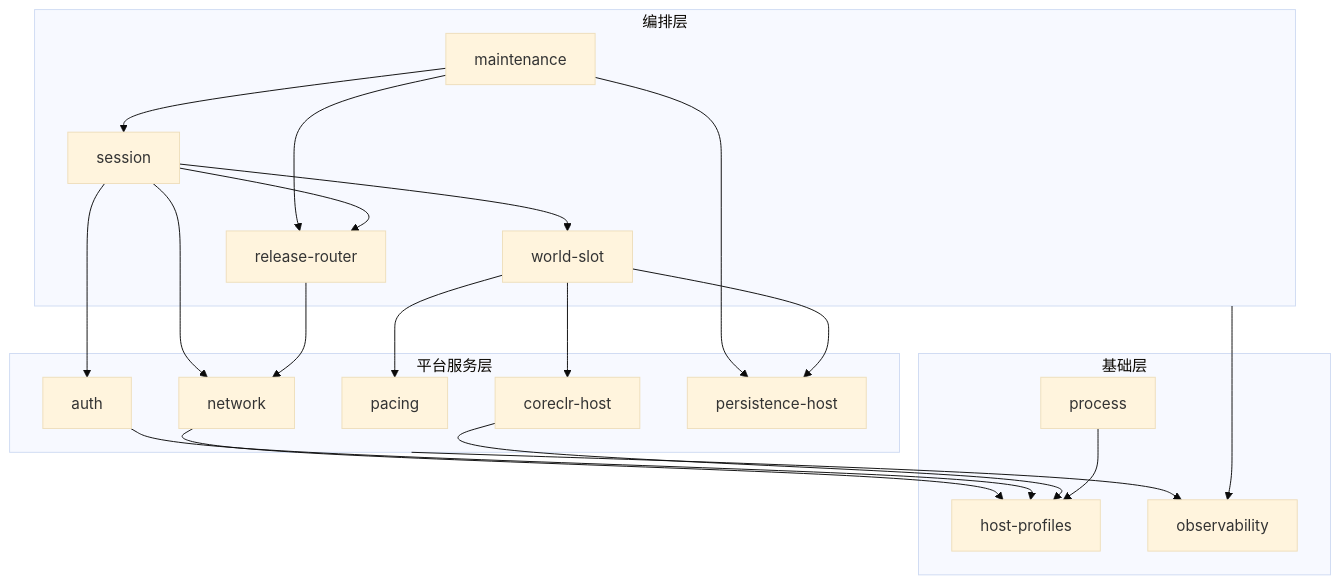
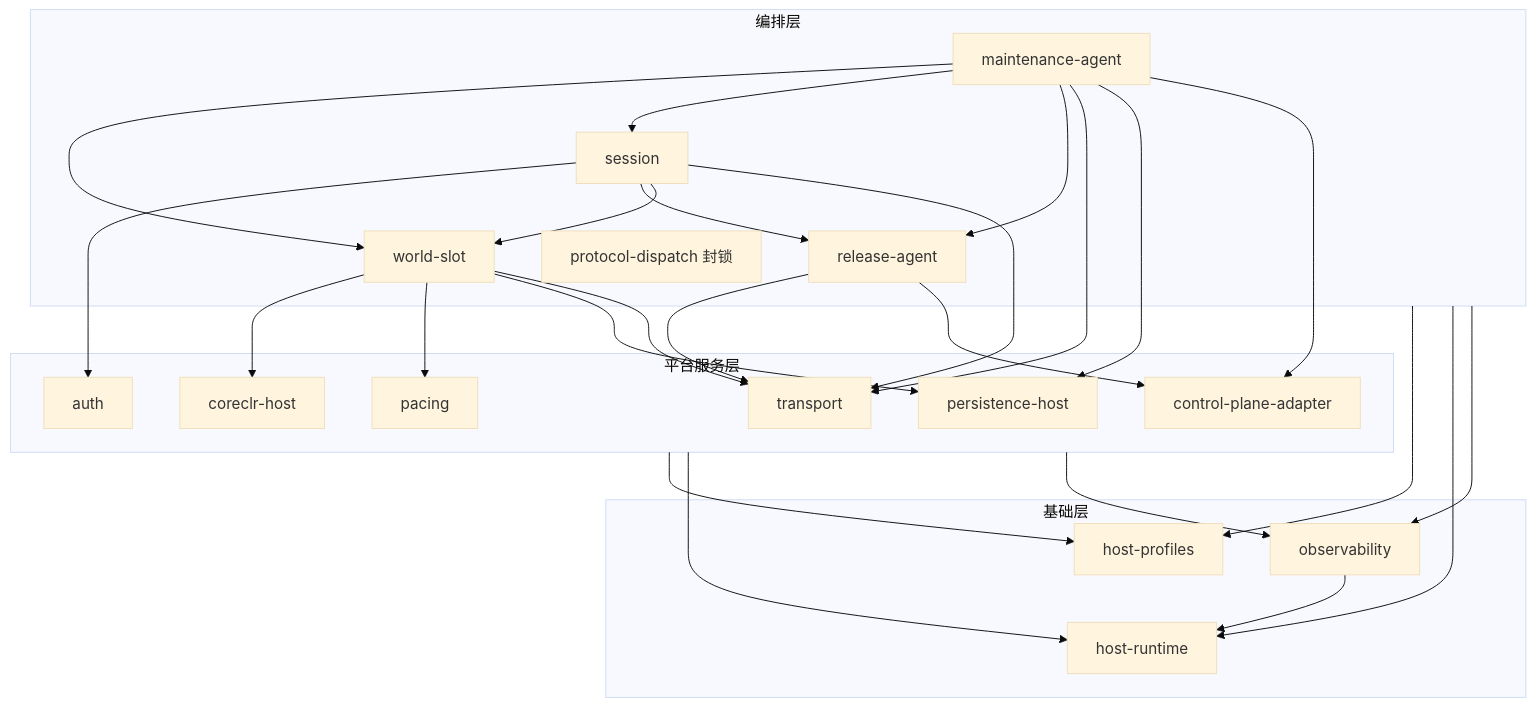
One commit to LumioGames/LumioServer changed the first of 3 diagrams in modules/README.md. Above: the diagram before and after it, drawn with Mermaid (base theme). The commit also changed other lines of this file and 29 other files, not shown here.

First line of the commit message:
docs: land architecture gate remediation under LGE v1.2 baseline

````diff
--- a/modules/README.md
+++ b/modules/README.md
@@ -65,39 +71,47 @@
 ```mermaid
 graph TD
     subgraph orchestration [编排层]
-        maintenanceMod[maintenance]
+        maintenanceAgent[maintenance-agent]
         sessionMod[session]
-        releaseRouter[release-router]
+        releaseAgent[release-agent]
         worldSlot[world-slot]
+        protocolDispatch[protocol-dispatch 封锁]
     end
     subgraph services [平台服务层]
-        networkMod[network]
+        transportMod[transport]
         authMod[auth]
         pacingMod[pacing]
         coreclrHost[coreclr-host]
         persistenceHost[persistence-host]
+        controlPlane[control-plane-adapter]
     end
     subgraph foundation [基础层]
-        processMod[process]
         hostProfiles[host-profiles]
         observabilityMod[observability]
+        hostRuntime[host-runtime]
     end
 
-    maintenanceMod --> releaseRouter
-    maintenanceMod --> sessionMod
-    maintenanceMod --> persistenceHost
+    maintenanceAgent --> worldSlot
+    maintenanceAgent --> sessionMod
+    maintenanceAgent --> releaseAgent
+    maintenanceAgent --> transportMod
+    maintenanceAgent --> persistenceHost
+    maintenanceAgent --> controlPlane
     sessionMod --> authMod
-    sessionMod --> releaseRouter
+    sessionMod --> releaseAgent
     sessionMod --> worldSlot
-    sessionMod --> networkMod
-    releaseRouter --> networkMod
+    sessionMod --> transportMod
+    releaseAgent --> transportMod
+    releaseAgent --> controlPlane
     worldSlot --> coreclrHost
     worldSlot --> pacingMod
     worldSlot --> persistenceHost
-    networkMod --> hostProfiles
-    authMod --> hostProfiles
-    coreclrHost --> hostProfiles
-    processMod --> hostProfiles
+    worldSlot --> transportMod
+    services --> hostProfiles
+    orchestration --> hostProfiles
+    services --> hostRuntime
+    orchestration --> hostRuntime
     services --> observabilityMod
     orchestration --> observabilityMod
+    observabilityMod --> hostRuntime
 ```
````
